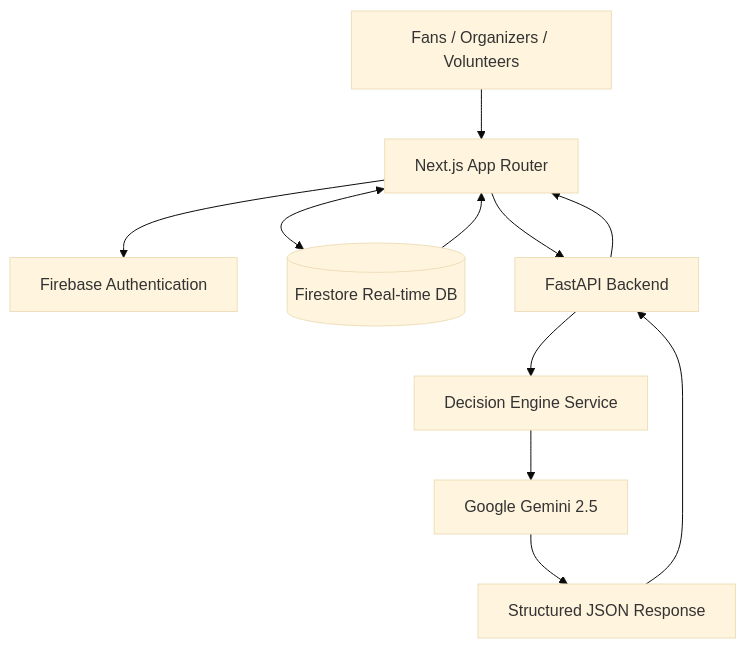
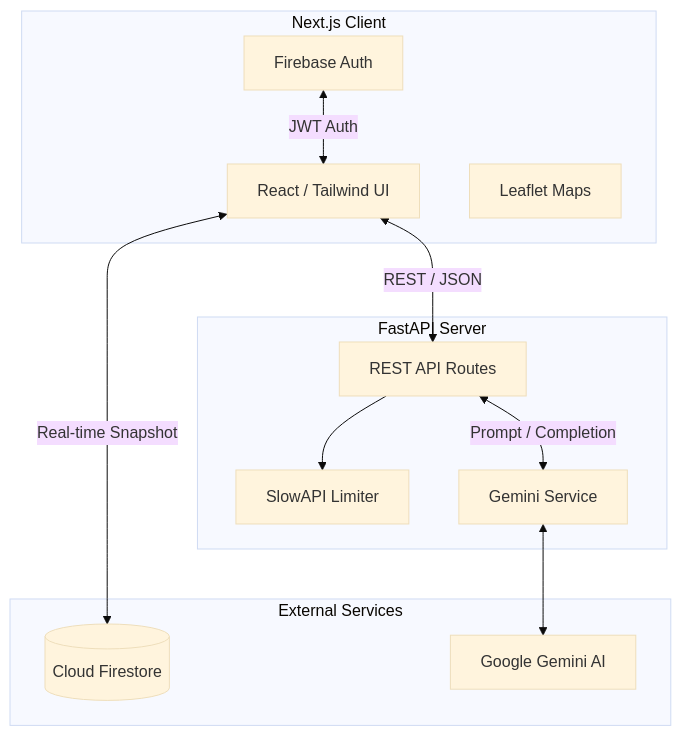
The diagram in README.md (Prabhum21/StadiumIQ), drawn with Mermaid (base theme) before and after one commit. The commit also changed other lines of this file and 38 other files, not shown here.

````diff
--- a/README.md
+++ b/README.md
@@ -61,13 +18,26 @@
 ```mermaid
-flowchart TD
-    Users[Fans / Organizers / Volunteers] --> NextJS[Next.js App Router]
-    NextJS --> FirebaseAuth[Firebase Authentication]
-    NextJS <--> Firestore[(Firestore Real-time DB)]
-    NextJS --> FastAPI[FastAPI Backend]
-    FastAPI --> DecisionEngine[Decision Engine Service]
-    DecisionEngine --> Gemini[Google Gemini 2.5]
-    Gemini --> JSON[Structured JSON Response]
-    JSON --> FastAPI
-    FastAPI --> NextJS
-    Firestore --> NextJS
+graph TD
+    subgraph Frontend [Next.js Client]
+        UI[React / Tailwind UI]
+        Map[Leaflet Maps]
+        Auth[Firebase Auth]
+    end
+
+    subgraph Backend [FastAPI Server]
+        API[REST API Routes]
+        Rate[SlowAPI Limiter]
+        Gemini[Gemini Service]
+    end
+
+    subgraph Cloud [External Services]
+        Firestore[(Cloud Firestore)]
+        GoogleAI[Google Gemini AI]
+    end
+
+    UI <-->|REST / JSON| API
+    UI <-->|Real-time Snapshot| Firestore
+    Auth <-->|JWT Auth| UI
+    API --> Rate
+    API <-->|Prompt / Completion| Gemini
+    Gemini <--> GoogleAI
 ```
````
